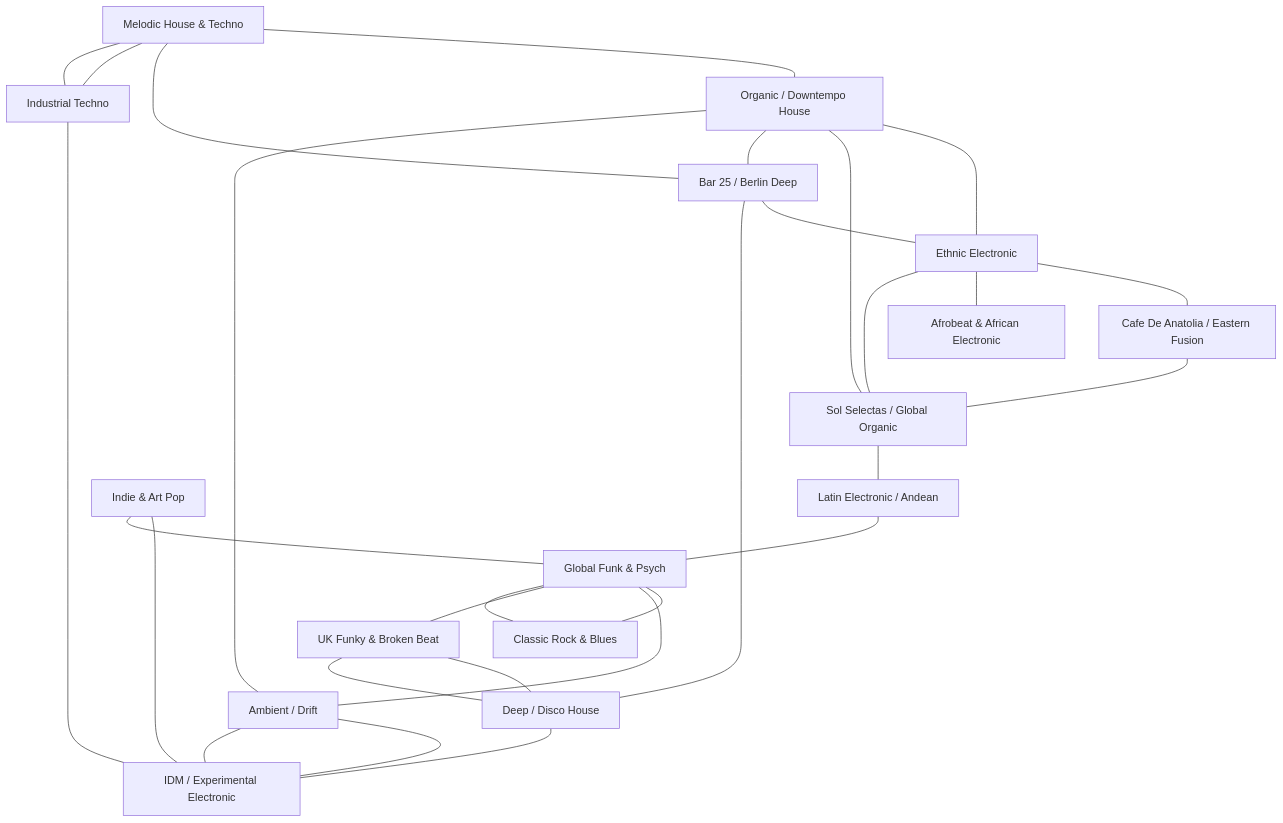
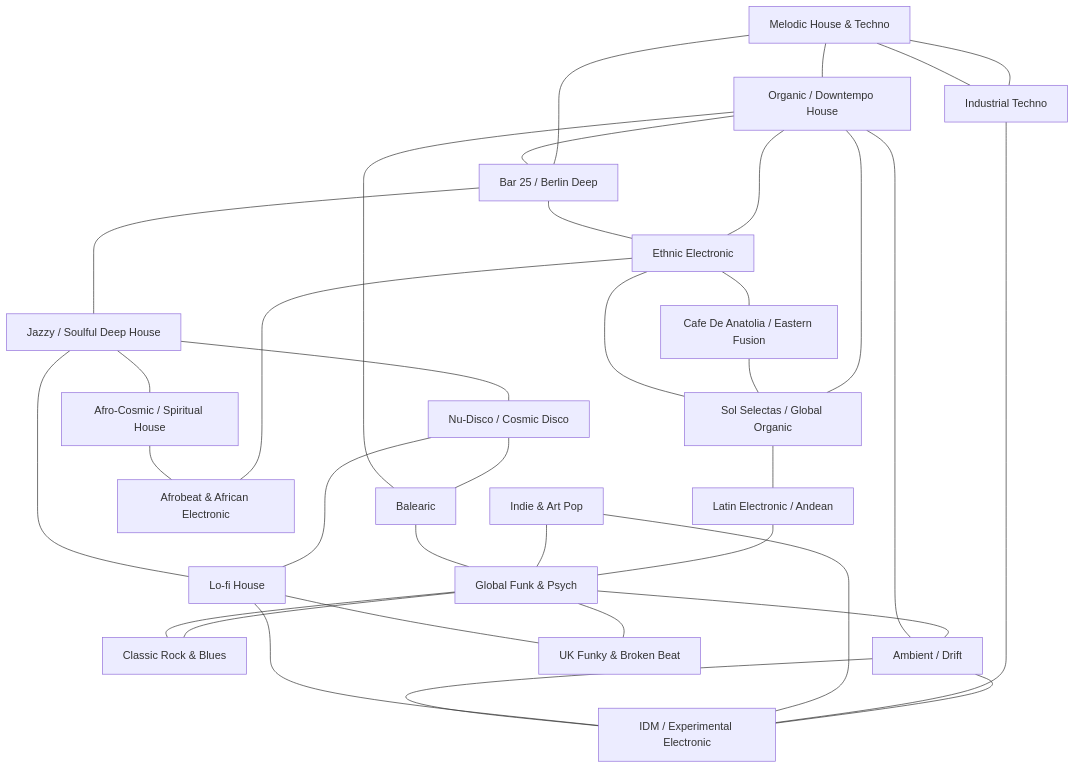
The diagram in projects/yt_dj/docs/music-genome.md (calenwalshe/dotfiles), drawn with Mermaid before and after one commit. The commit also changed other lines of this file and 1 other file, not shown here.

First line of the commit message:
feat(genome): split Deep/Disco House into 5 sub-genera

````diff
--- a/projects/yt_dj/docs/music-genome.md
+++ b/projects/yt_dj/docs/music-genome.md
@@ -16,48 +16,59 @@
 ```mermaid
 graph TD
     MH[Melodic House & Techno]
     OH[Organic / Downtempo House]
     EE[Ethnic Electronic]
     CDA[Cafe De Anatolia / Eastern Fusion]
     SS[Sol Selectas / Global Organic]
     LE[Latin Electronic / Andean]
     B25[Bar 25 / Berlin Deep]
     GF[Global Funk & Psych]
     CR[Classic Rock & Blues]
     AM[Ambient / Drift]
     AF[Afrobeat & African Electronic]
-    DH[Deep / Disco House]
+    NDC[Nu-Disco / Cosmic Disco]
+    LFH[Lo-fi House]
+    JSH[Jazzy / Soulful Deep House]
+    BAL[Balearic]
+    ACH[Afro-Cosmic / Spiritual House]
     UK[UK Funky & Broken Beat]
     IT[Industrial Techno]
     IDM[IDM / Experimental Electronic]
     IND[Indie & Art Pop]
 
     MH --- OH
     MH --- B25
     MH --- IT
     OH --- EE
     OH --- SS
     OH --- B25
     EE --- CDA
     EE --- AF
     CDA --- SS
     SS --- LE
     SS --- EE
     LE --- GF
     GF --- CR
     GF --- AM
     GF --- UK
     AM --- OH
     AM --- IDM
     B25 --- EE
-    B25 --- DH
+    B25 --- JSH
     CR --- GF
-    DH --- UK
-    DH --- IDM
-    UK --- DH
     IT --- MH
     IT --- IDM
     IDM --- AM
     IND --- IDM
     IND --- GF
+    NDC --- LFH
+    NDC --- BAL
+    JSH --- NDC
+    JSH --- LFH
+    JSH --- ACH
+    LFH --- UK
+    LFH --- IDM
+    BAL --- OH
+    BAL --- GF
+    ACH --- AF
 ```
````
